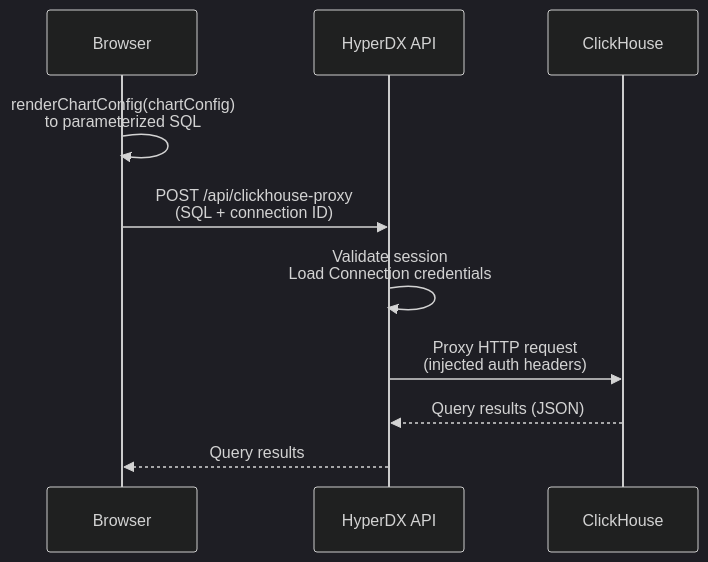
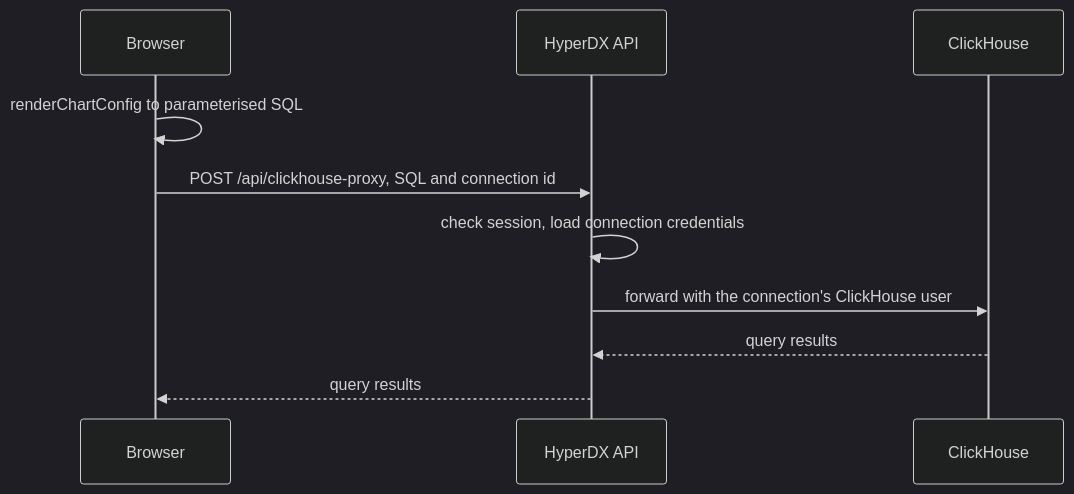
One commit to hyperi-io/dfe-hyperdx changed the second of 3 diagrams in docs/architecture/data-flow.md. Above: the diagram before and after it, drawn with Mermaid (dark theme). The commit also changed other lines of this file and 24 other files, not shown here.

First line of the commit message:
docs(hyperdx): fix claims and redraw the fork docs diagrams

````diff
--- a/docs/architecture/data-flow.md
+++ b/docs/architecture/data-flow.md
@@ -58,13 +65,15 @@
 ```mermaid
 sequenceDiagram
-    participant Browser
+    accTitle: L4 Detail -- Query read path
+    accDescr: The browser renders a chart config to SQL and posts it to the ClickHouse proxy. The API checks the session, loads the connection's credentials and forwards the query to ClickHouse, then returns the results.
+    participant Browser as Browser
     participant API as HyperDX API
     participant CH as ClickHouse
 
-    Browser->>Browser: renderChartConfig(chartConfig)<br/> to  parameterized SQL
-    Browser->>API: POST /api/clickhouse-proxy<br/>(SQL + connection ID)
-    API->>API: Validate session<br/>Load Connection credentials
-    API->>CH: Proxy HTTP request<br/>(injected auth headers)
-    CH-->>API: Query results (JSON)
-    API-->>Browser: Query results
+    Browser->>Browser: renderChartConfig to parameterised SQL
+    Browser->>API: POST /api/clickhouse-proxy, SQL and connection id
+    API->>API: check session, load connection credentials
+    API->>CH: forward with the connection's ClickHouse user
+    CH-->>API: query results
+    API-->>Browser: query results
 ```
````
